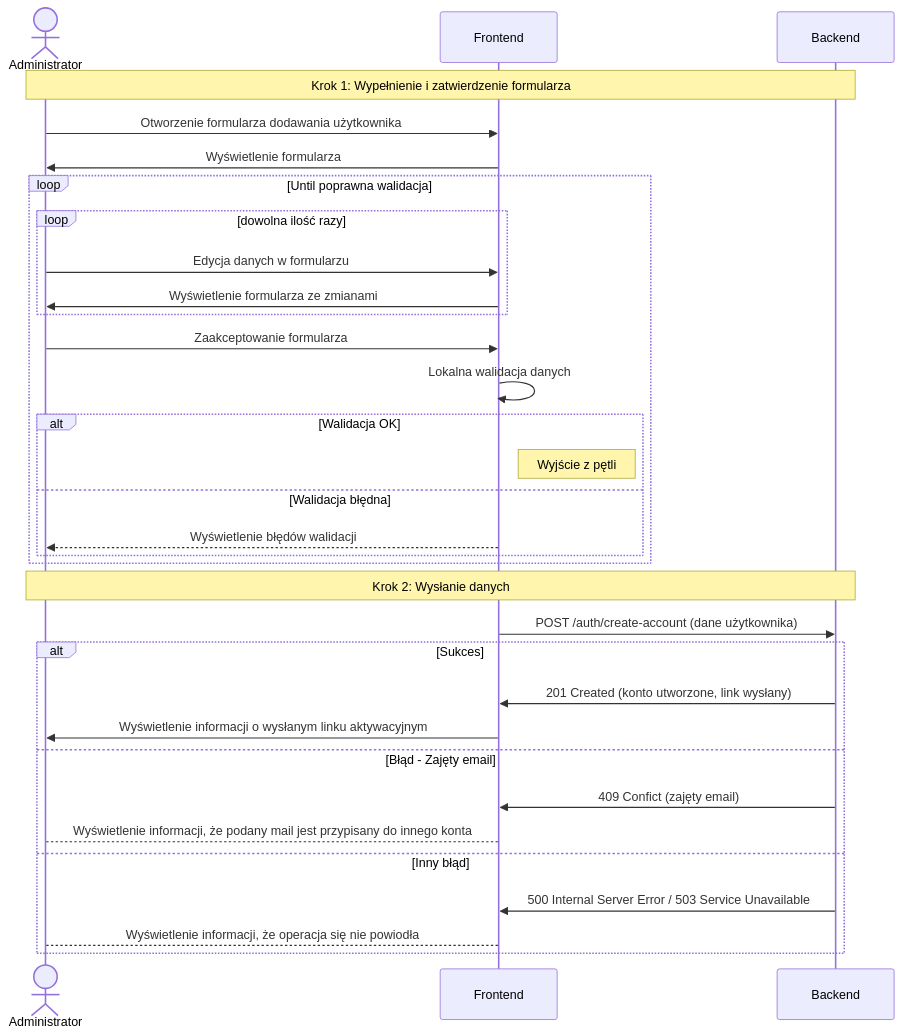
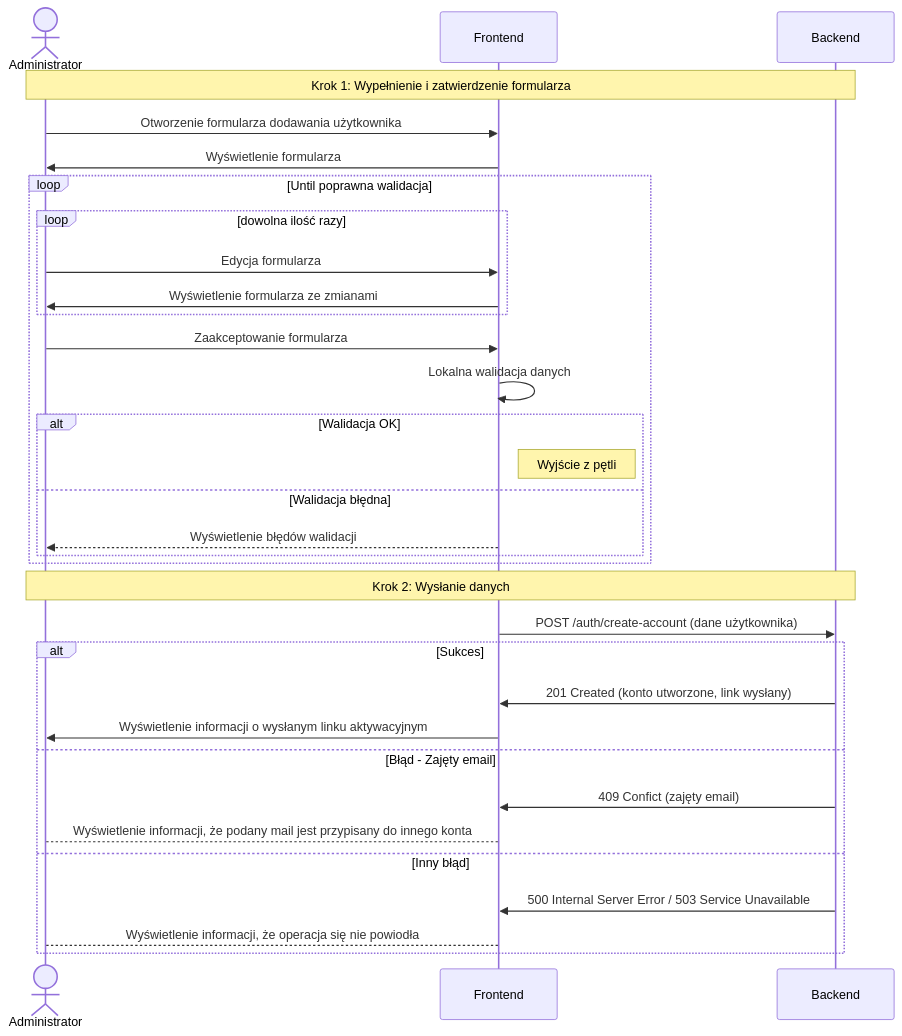
The diagram in use-case-realization-bartosh/sequence diagrams/create-user.mermaid (24bartixx/software-engineering-classes), drawn with Mermaid before and after one commit. The commit also changed 1 other file, not shown here.

Commit message:
feat: activate account sequence diagram

```diff
--- a/use-case-realization-bartosh/sequence diagrams/create-user.mermaid
+++ b/use-case-realization-bartosh/sequence diagrams/create-user.mermaid
@@ -1,41 +1,41 @@
 sequenceDiagram
     actor User as Administrator
     participant FE as Frontend
     participant BE as Backend
 
     Note over User, BE: Krok 1: Wypełnienie i zatwierdzenie formularza
 
     User->>FE: Otworzenie formularza dodawania użytkownika
     FE->>User: Wyświetlenie formularza
 
     loop Until poprawna walidacja
         loop dowolna ilość razy
-            User->>FE: Edycja danych w formularzu
+            User->>FE: Edycja formularza
             FE->>User: Wyświetlenie formularza ze zmianami
         end
         
         User->>FE: Zaakceptowanie formularza
         FE->>FE: Lokalna walidacja danych
 
         alt Walidacja OK
             Note right of FE: Wyjście z pętli
         else Walidacja błędna
             FE-->>User: Wyświetlenie błędów walidacji
         end
     end
 
     Note over User, BE: Krok 2: Wysłanie danych
 
     FE->>BE: POST /auth/create-account  (dane użytkownika)
 
     alt Sukces
         BE->>FE: 201 Created (konto utworzone, link wysłany)
         FE->>User: Wyświetlenie informacji o wysłanym linku aktywacyjnym
 
     else Błąd - Zajęty email
         BE->>FE: 409 Confict (zajęty email)
         FE-->User: Wyświetlenie informacji, że podany mail jest przypisany do innego konta
     else Inny błąd
         BE->>FE: 500 Internal Server Error / 503 Service Unavailable
         FE-->User: Wyświetlenie informacji, że operacja się nie powiodła
     end
```
